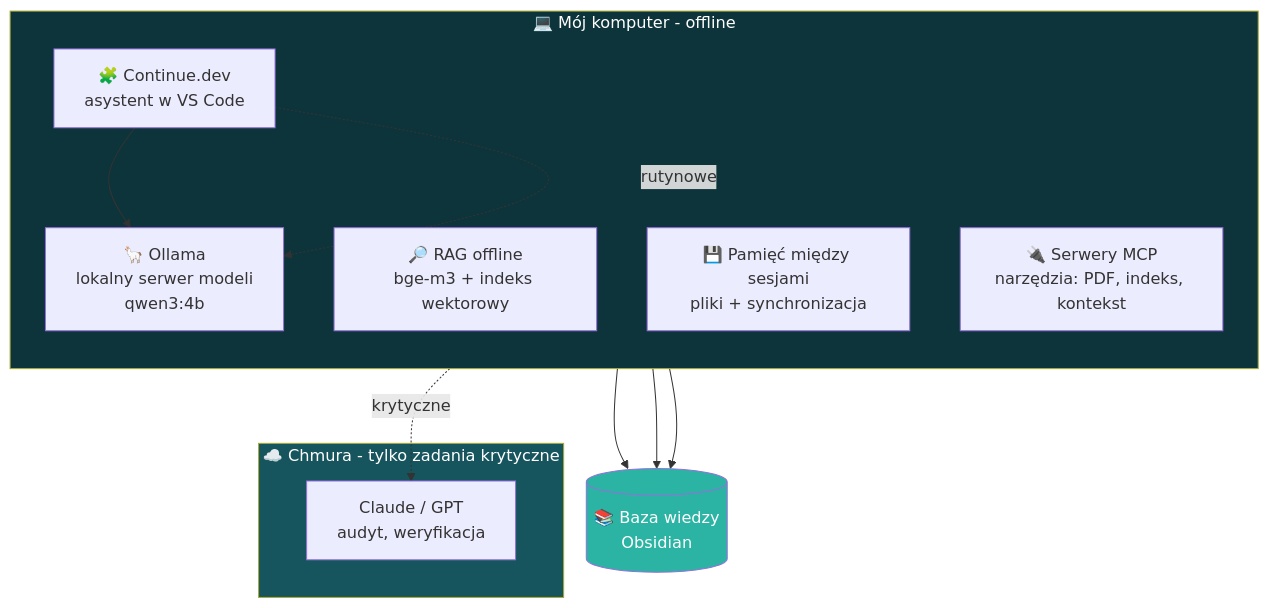
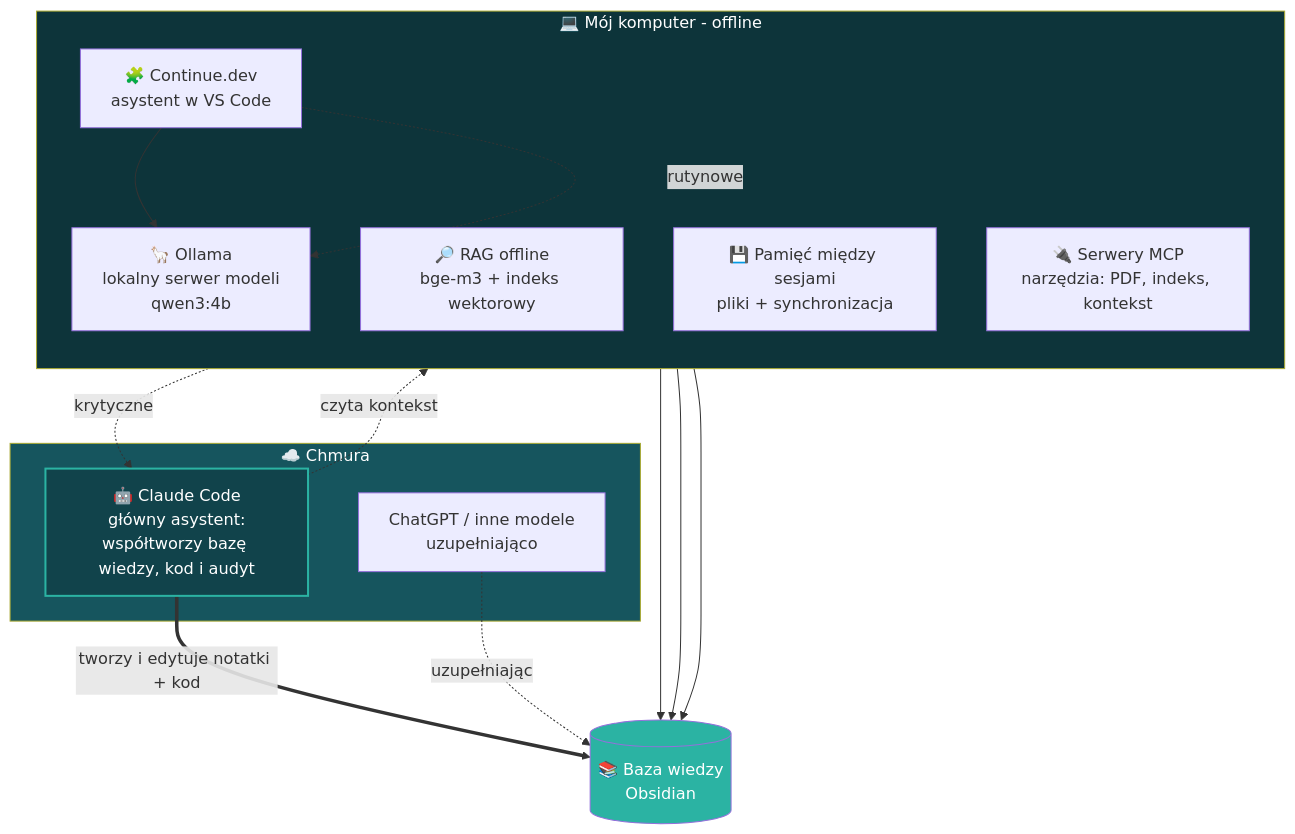
Before and after one commit to 33macioch33/portfolio: the diagram in docs/ai-stack.md, drawn with Mermaid. The commit also changed other lines of this file and 4 other files, not shown here.

Commit message:
CV: dodaj własne narzędzia CLI (scrapery + auto-notatki); diagram: Claude Code jako główny współtwórca bazy wiedzy

````diff
--- a/docs/ai-stack.md
+++ b/docs/ai-stack.md
@@ -10,28 +10,33 @@
 ```mermaid
 flowchart TB
+    subgraph CLOUD[☁️ Chmura]
+        CLAUDE[🤖 Claude Code<br/>główny asystent:<br/>współtworzy bazę wiedzy, kod i audyt]
+        GPT[ChatGPT / inne modele<br/>uzupełniająco]
+    end
+
     subgraph LOCAL[💻 Mój komputer - offline]
         direction TB
         OLL[🦙 Ollama<br/>lokalny serwer modeli<br/>qwen3:4b]
         CONT[🧩 Continue.dev<br/>asystent w VS Code]
         RAG[🔎 RAG offline<br/>bge-m3 + indeks wektorowy]
         MEM[💾 Pamięć między sesjami<br/>pliki + synchronizacja]
         MCP[🔌 Serwery MCP<br/>narzędzia: PDF, indeks, kontekst]
     end
 
-    subgraph CLOUD[☁️ Chmura - tylko zadania krytyczne]
-        PREM[Claude / GPT<br/>audyt, weryfikacja]
-    end
-
     VAULT[(📚 Baza wiedzy<br/>Obsidian)]
 
+    CLAUDE ==>|tworzy i edytuje notatki + kod| VAULT
+    CLAUDE -.->|czyta kontekst| MCP
+    GPT -.uzupełniająco.-> VAULT
     CONT --> OLL
     RAG --> VAULT
     MCP --> VAULT
     MEM --> VAULT
     CONT -.rutynowe.-> OLL
-    CONT -.krytyczne.-> PREM
+    CONT -.krytyczne.-> CLAUDE
 
+    style CLOUD fill:#16555e,color:#fff
     style LOCAL fill:#0d343a,color:#fff
-    style CLOUD fill:#16555e,color:#fff
     style VAULT fill:#2bb3a3,color:#fff
+    style CLAUDE fill:#11434b,color:#fff,stroke:#2bb3a3,stroke-width:2px
 ```
````
